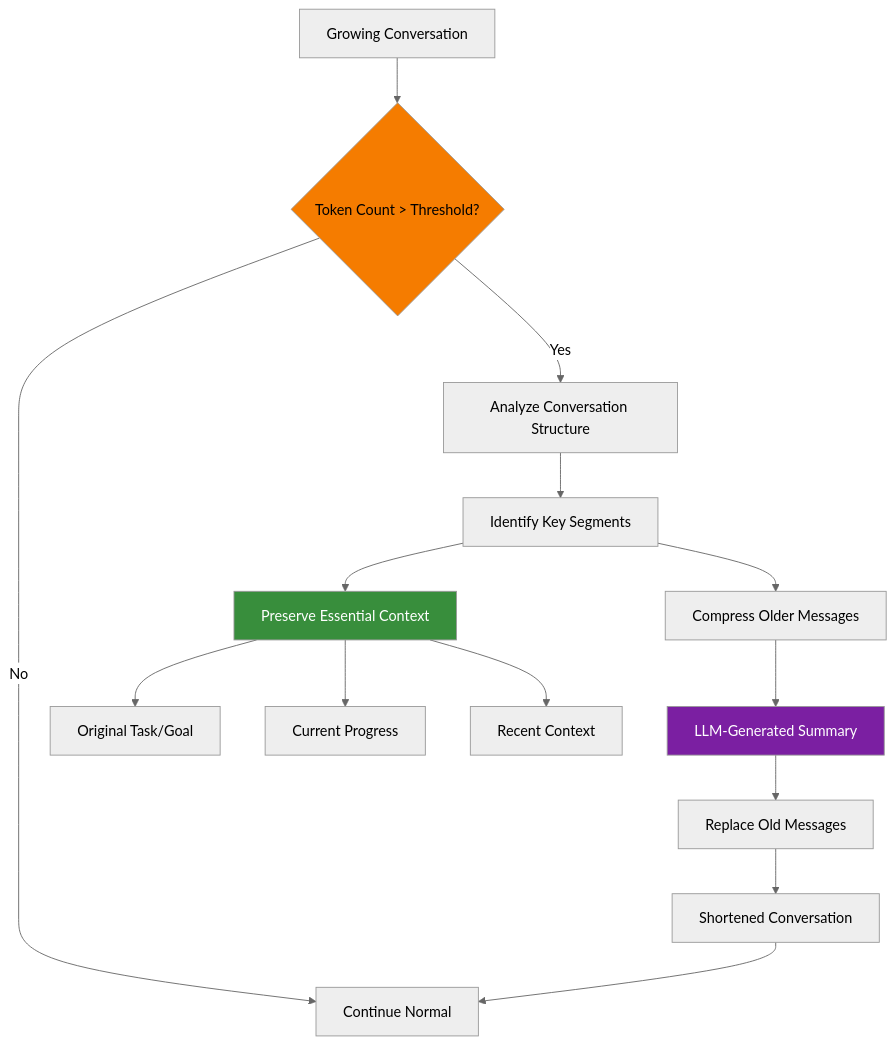
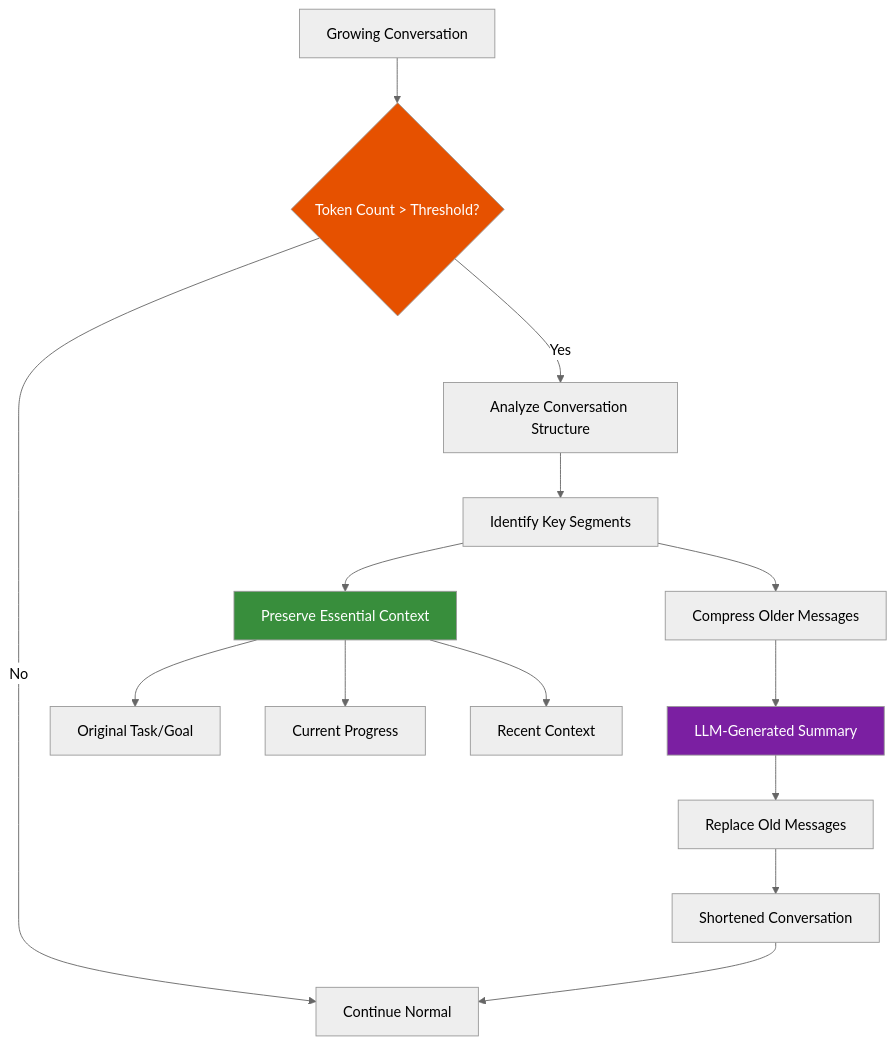
One commit to fwornle/agentic-ai-nano changed diagram 12 of 15 in docs-content/01_frameworks/Session1_ModuleD_Coding_Assistant_Case_Study.md. Above: the diagram before and after it, drawn with Mermaid (neutral theme). The commit also changed other lines of this file, not shown here.

````diff
--- a/docs-content/01_frameworks/Session1_ModuleD_Coding_Assistant_Case_Study.md
+++ b/docs-content/01_frameworks/Session1_ModuleD_Coding_Assistant_Case_Study.md
@@ -724,25 +724,25 @@
 ```mermaid
 graph TD
     CONV[Growing Conversation] --> CHECK{Token Count > Threshold?}
     
     CHECK -->|No| CONTINUE[Continue Normal]
     CHECK -->|Yes| ANALYZE[Analyze Conversation Structure]
     
     ANALYZE --> IDENTIFY[Identify Key Segments]
     IDENTIFY --> PRESERVE[Preserve Essential Context]
     IDENTIFY --> COMPRESS[Compress Older Messages]
     
     PRESERVE --> TASK[Original Task/Goal]
     PRESERVE --> PROGRESS[Current Progress]
     PRESERVE --> RECENT[Recent Context]
     
     COMPRESS --> SUMMARY[LLM-Generated Summary]
     SUMMARY --> REPLACE[Replace Old Messages]
     
     REPLACE --> NEW[Shortened Conversation]
     NEW --> CONTINUE
     
-    style CHECK fill:#F57C00,color:#000000
+    style CHECK fill:#E65100,color:#ffffff
     style PRESERVE fill:#388E3C,color:#ffffff
     style SUMMARY fill:#7B1FA2,color:#ffffff
 ```
````
